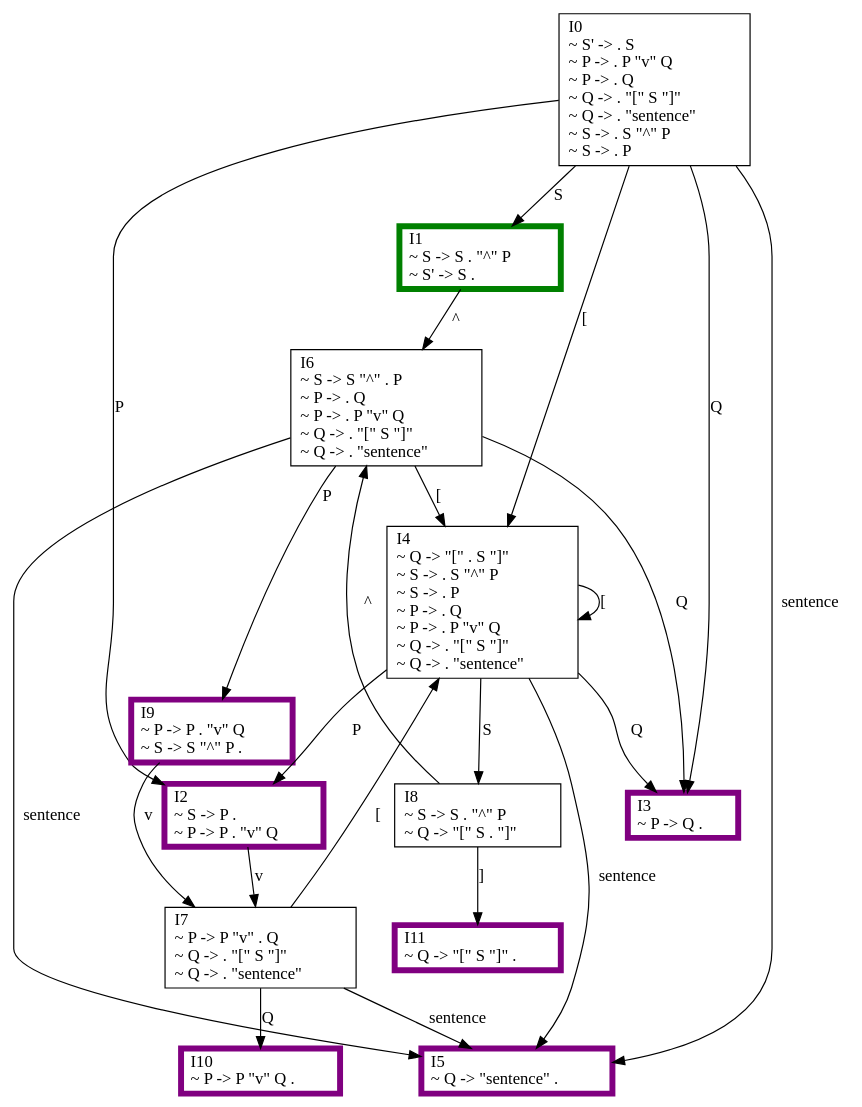
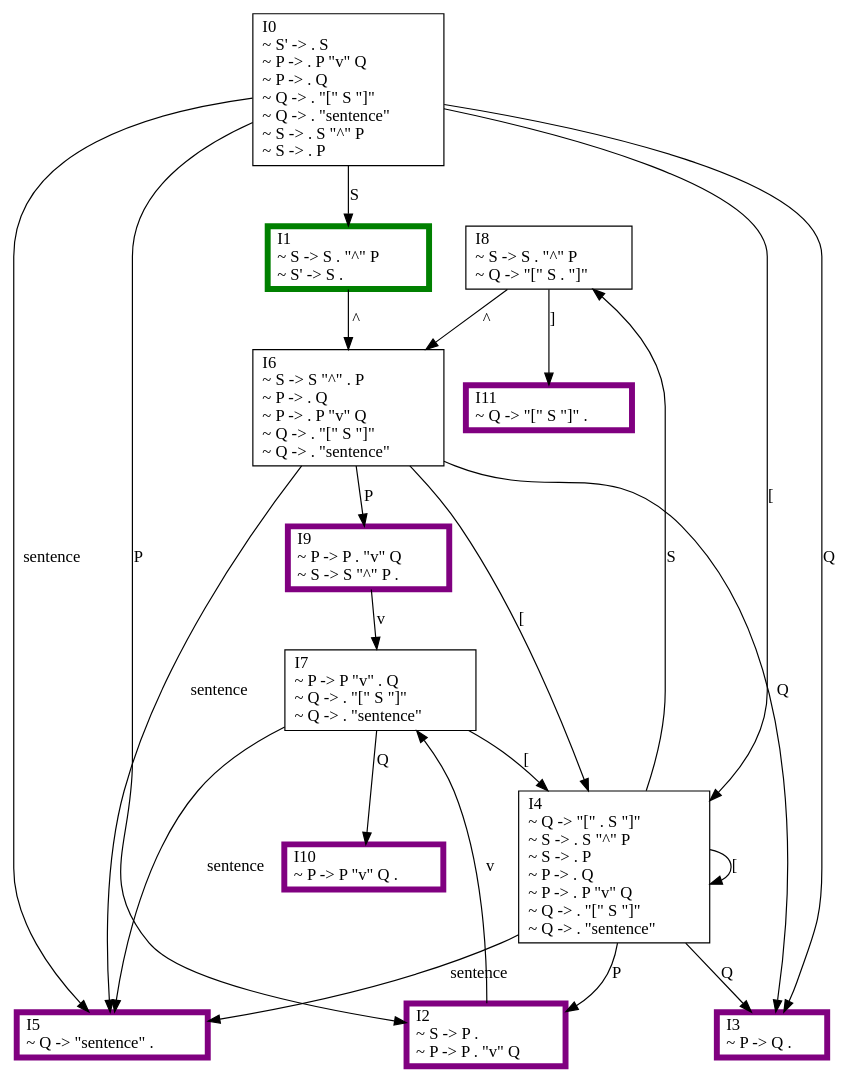
The diagram in graph/slr.dot (MarchMol/syntax_analyzer), drawn with Graphviz before and after one commit. The commit also changed 2 other files, not shown here.

```diff
--- a/graph/slr.dot
+++ b/graph/slr.dot
@@ -1,36 +1,36 @@
 digraph {
-    0 [ label = "I0\l~ S' -> . S \l~ P -> . P \"v\" Q \l~ P -> . Q \l~ Q -> . \"[\" S \"]\" \l~ Q -> . \"sentence\" \l~ S -> . S \"^\" P \l~ S -> . P \l" shape=box]
-    1 [ label = "I1\l~ S -> S . \"^\" P \l~ S' -> S . \l" shape=box, color=green, penwidth=5]
-    2 [ label = "I2\l~ S -> P . \l~ P -> P . \"v\" Q \l" shape=box, color=purple, penwidth=5]
-    3 [ label = "I6\l~ S -> S \"^\" . P \l~ P -> . Q \l~ P -> . P \"v\" Q \l~ Q -> . \"[\" S \"]\" \l~ Q -> . \"sentence\" \l" shape=box]
-    4 [ label = "I8\l~ S -> S . \"^\" P \l~ Q -> \"[\" S . \"]\" \l" shape=box]
-    5 [ label = "I7\l~ P -> P \"v\" . Q \l~ Q -> . \"[\" S \"]\" \l~ Q -> . \"sentence\" \l" shape=box]
+    0 [ label = "I8\l~ S -> S . \"^\" P \l~ Q -> \"[\" S . \"]\" \l" shape=box]
+    1 [ label = "I0\l~ S' -> . S \l~ P -> . P \"v\" Q \l~ P -> . Q \l~ Q -> . \"[\" S \"]\" \l~ Q -> . \"sentence\" \l~ S -> . S \"^\" P \l~ S -> . P \l" shape=box]
+    2 [ label = "I7\l~ P -> P \"v\" . Q \l~ Q -> . \"[\" S \"]\" \l~ Q -> . \"sentence\" \l" shape=box]
+    3 [ label = "I9\l~ P -> P . \"v\" Q \l~ S -> S \"^\" P . \l" shape=box, color=purple, penwidth=5]
+    4 [ label = "I6\l~ S -> S \"^\" . P \l~ P -> . Q \l~ P -> . P \"v\" Q \l~ Q -> . \"[\" S \"]\" \l~ Q -> . \"sentence\" \l" shape=box]
+    5 [ label = "I1\l~ S -> S . \"^\" P \l~ S' -> S . \l" shape=box, color=green, penwidth=5]
     6 [ label = "I4\l~ Q -> \"[\" . S \"]\" \l~ S -> . S \"^\" P \l~ S -> . P \l~ P -> . Q \l~ P -> . P \"v\" Q \l~ Q -> . \"[\" S \"]\" \l~ Q -> . \"sentence\" \l" shape=box]
-    7 [ label = "I9\l~ P -> P . \"v\" Q \l~ S -> S \"^\" P . \l" shape=box, color=purple, penwidth=5]
-    8 [ label = "I3\l~ P -> Q . \l" shape=box, color=purple, penwidth=5]
-    9 [ label = "I5\l~ Q -> \"sentence\" . \l" shape=box, color=purple, penwidth=5]
-    10 [ label = "I11\l~ Q -> \"[\" S \"]\" . \l" shape=box, color=purple, penwidth=5]
+    7 [ label = "I2\l~ S -> P . \l~ P -> P . \"v\" Q \l" shape=box, color=purple, penwidth=5]
+    8 [ label = "I11\l~ Q -> \"[\" S \"]\" . \l" shape=box, color=purple, penwidth=5]
+    9 [ label = "I3\l~ P -> Q . \l" shape=box, color=purple, penwidth=5]
+    10 [ label = "I5\l~ Q -> \"sentence\" . \l" shape=box, color=purple, penwidth=5]
     11 [ label = "I10\l~ P -> P \"v\" Q . \l" shape=box, color=purple, penwidth=5]
-    0 -> 8 [ label = "Q" ]
-    0 -> 6 [ label = "[" ]
-    0 -> 1 [ label = "S" ]
-    0 -> 9 [ label = "sentence" ]
-    0 -> 2 [ label = "P" ]
-    1 -> 3 [ label = "^" ]
-    2 -> 5 [ label = "v" ]
-    3 -> 7 [ label = "P" ]
-    3 -> 9 [ label = "sentence" ]
-    3 -> 8 [ label = "Q" ]
-    3 -> 6 [ label = "[" ]
-    4 -> 3 [ label = "^" ]
-    4 -> 10 [ label = "]" ]
-    5 -> 9 [ label = "sentence" ]
-    5 -> 6 [ label = "[" ]
-    5 -> 11 [ label = "Q" ]
-    6 -> 2 [ label = "P" ]
-    6 -> 9 [ label = "sentence" ]
-    6 -> 8 [ label = "Q" ]
+    0 -> 4 [ label = "^" ]
+    0 -> 8 [ label = "]" ]
+    1 -> 5 [ label = "S" ]
+    1 -> 9 [ label = "Q" ]
+    1 -> 7 [ label = "P" ]
+    1 -> 10 [ label = "sentence" ]
+    1 -> 6 [ label = "[" ]
+    2 -> 11 [ label = "Q" ]
+    2 -> 10 [ label = "sentence" ]
+    2 -> 6 [ label = "[" ]
+    3 -> 2 [ label = "v" ]
+    4 -> 6 [ label = "[" ]
+    4 -> 3 [ label = "P" ]
+    4 -> 9 [ label = "Q" ]
+    4 -> 10 [ label = "sentence" ]
+    5 -> 4 [ label = "^" ]
+    6 -> 10 [ label = "sentence" ]
+    6 -> 0 [ label = "S" ]
     6 -> 6 [ label = "[" ]
-    6 -> 4 [ label = "S" ]
-    7 -> 5 [ label = "v" ]
+    6 -> 7 [ label = "P" ]
+    6 -> 9 [ label = "Q" ]
+    7 -> 2 [ label = "v" ]
 }
```
